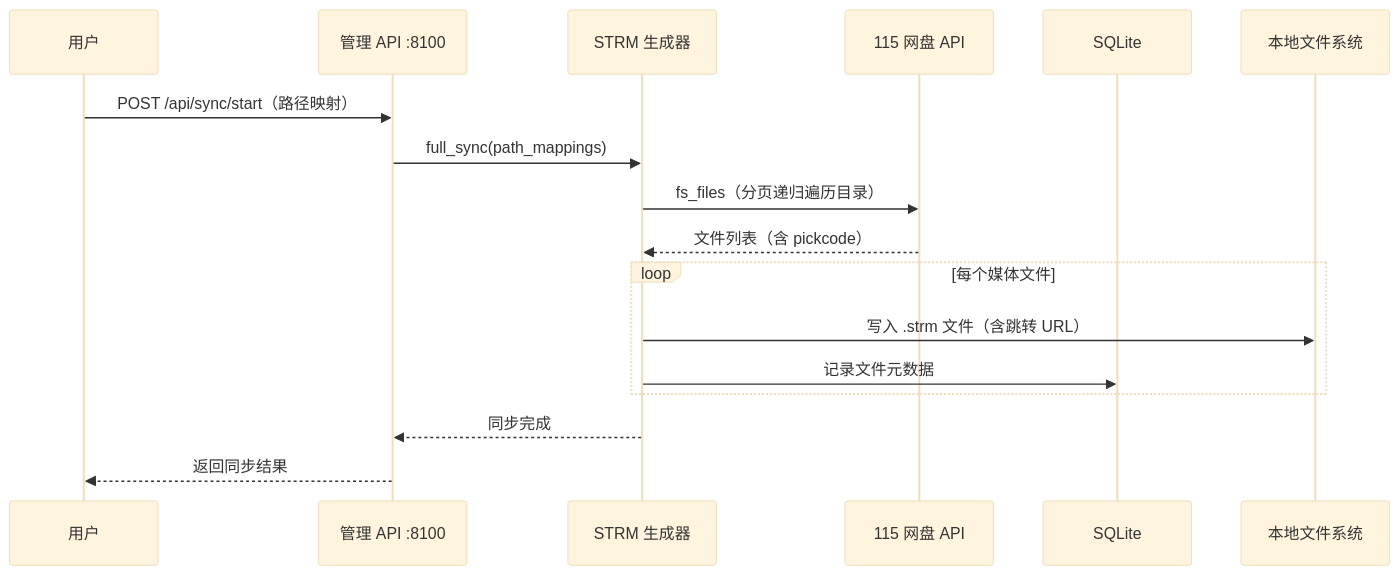
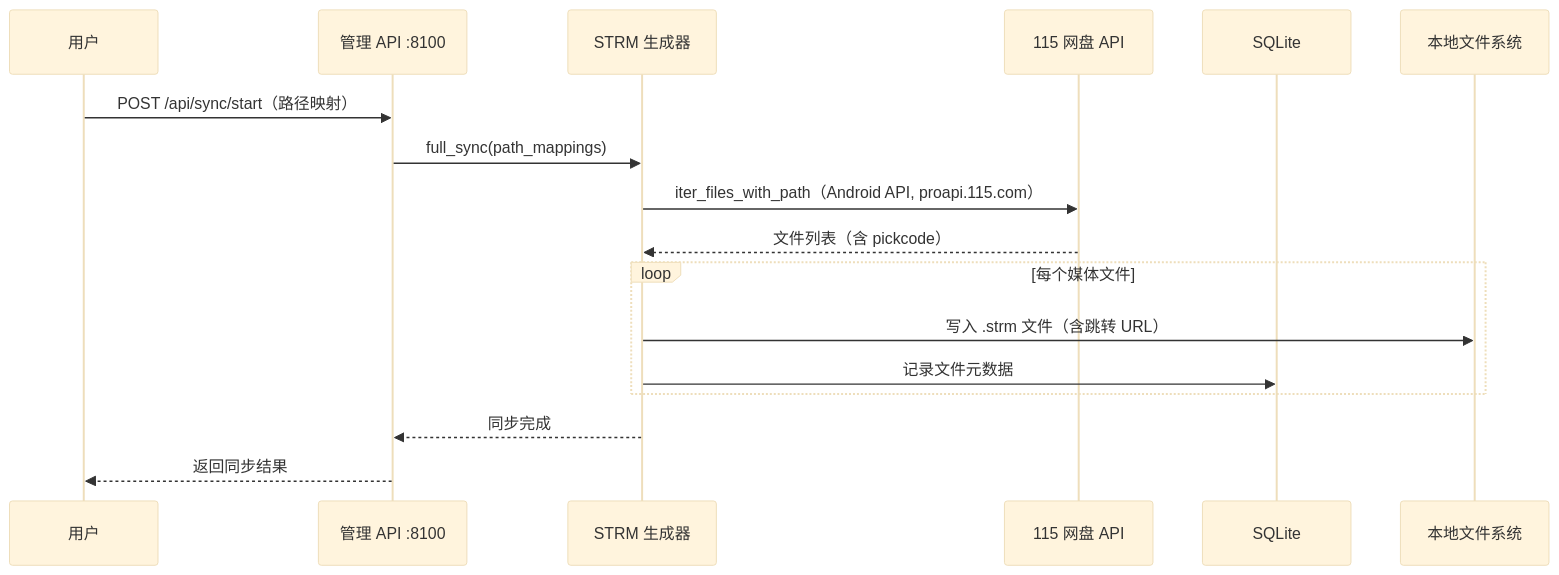
The third of 3 diagrams in .monkeycode/docs/ARCHITECTURE.md (cdlongbow/115StrmTool), drawn with Mermaid (base theme) before and after one commit. The commit also changed 2 other files, not shown here.

Commit message:
docs: 同步文档更新 — 文件遍历改用 Android API、URL 编码、changelog

````diff
--- a/.monkeycode/docs/ARCHITECTURE.md
+++ b/.monkeycode/docs/ARCHITECTURE.md
@@ -172,20 +172,20 @@
 ```mermaid
 sequenceDiagram
     participant User as 用户
     participant Admin as 管理 API :8100
     participant StrmGen as STRM 生成器
     participant P115 as 115 网盘 API
     participant DB as SQLite
     participant FS as 本地文件系统
 
     User->>Admin: POST /api/sync/start（路径映射）
     Admin->>StrmGen: full_sync(path_mappings)
-    StrmGen->>P115: fs_files（分页递归遍历目录）
+    StrmGen->>P115: iter_files_with_path（Android API, proapi.115.com）
     P115-->>StrmGen: 文件列表（含 pickcode）
     loop 每个媒体文件
         StrmGen->>FS: 写入 .strm 文件（含跳转 URL）
         StrmGen->>DB: 记录文件元数据
     end
     StrmGen-->>Admin: 同步完成
     Admin-->>User: 返回同步结果
 ```
````
